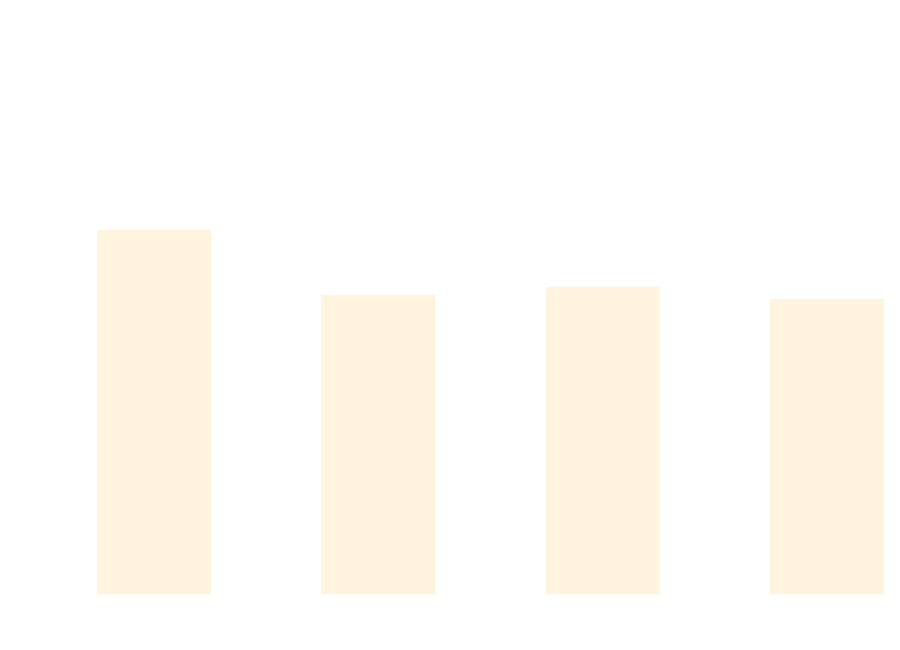
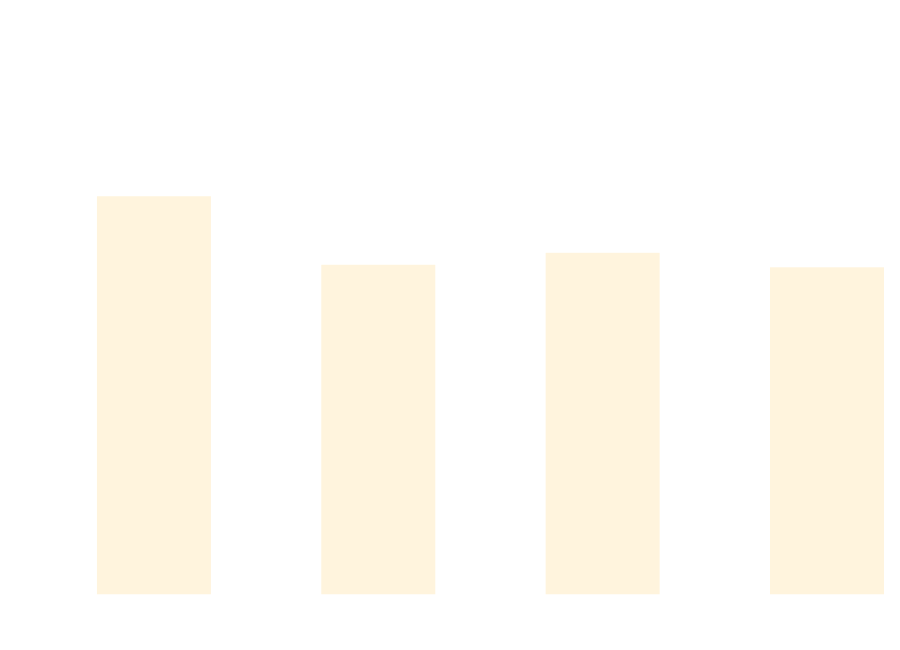
One commit to thomhurst/TUnit changed the diagram in docs/docs/benchmarks/BuildTime.md. Above: the diagram before and after it, drawn with Mermaid. The commit also changed other lines of this file and 17 other files, not shown here.

````diff
--- a/docs/docs/benchmarks/BuildTime.md
+++ b/docs/docs/benchmarks/BuildTime.md
@@ -28,37 +28,37 @@
 ```mermaid
 %%{init: {
   'theme':'base',
   'themeVariables': {
     'primaryColor': '#2563eb',
     'primaryTextColor': '#ffffff',
     'primaryBorderColor': '#1e40af',
     'lineColor': '#6b7280',
     'secondaryColor': '#7c3aed',
     'tertiaryColor': '#dc2626',
     'background': '#ffffff',
     'mainBkg': '#2563eb',
     'secondBkg': '#7c3aed',
     'tertiaryBkg': '#dc2626',
     'clusterBkg': '#f3f4f6',
     'edgeLabelBackground': '#ffffff',
     'tertiaryTextColor': '#1f2937',
     'pie1': '#2563eb',
     'pie2': '#7c3aed',
     'pie3': '#dc2626',
     'pie4': '#f59e0b',
     'pie5': '#10b981',
     'pie6': '#06b6d4',
     'pie7': '#ec4899',
     'pie8': '#6366f1',
     'pie9': '#84cc16',
     'pie10': '#f97316',
     'pie11': '#14b8a6',
     'pie12': '#a855f7'
   }
 }}%%
 xychart-beta
   title "Build Time Comparison"
   x-axis ["Build_TUnit", "Build_NUnit", "Build_MSTest", "Build_xUnit3"]
   y-axis "Time (s)" 0 --> 3
-  bar [2.098, 1.713, 1.761, 1.688]
+  bar [2.297, 1.891, 1.962, 1.876]
 ```
````
